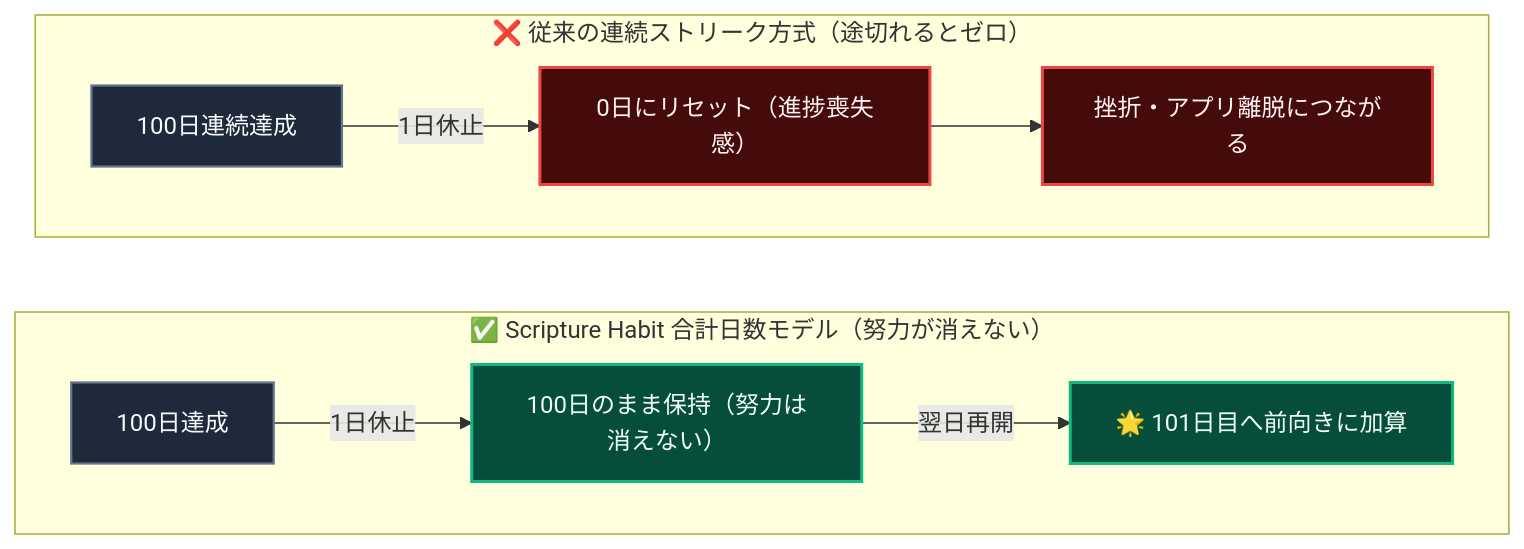
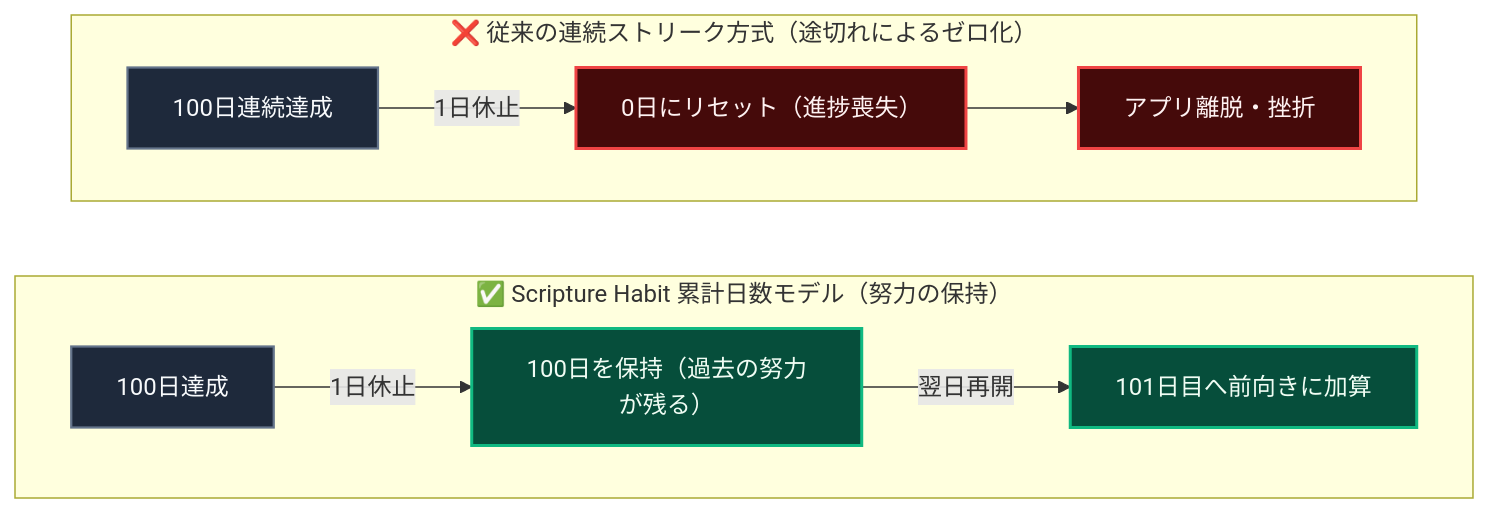
Before and after one commit to ScriptureHabit/scripture-habit: the second of 3 diagrams in docs/ja/logic-milestone-retention.md, drawn with Mermaid. The commit also changed other lines of this file and 57 other files, not shown here.

Commit message:
docs: refine documentation prose and add structured diagram breakdowns across JA and EN

````diff
--- a/docs/ja/logic-milestone-retention.md
+++ b/docs/ja/logic-milestone-retention.md
@@ -39,18 +37,18 @@
 ```mermaid
 flowchart TD
     classDef bad fill:#450a0a,stroke:#ef4444,stroke-width:2px,color:#fef2f2;
     classDef good fill:#064e3b,stroke:#10b981,stroke-width:2px,color:#f0fdf4;
     classDef step fill:#1e293b,stroke:#64748b,stroke-width:1.5px,color:#f8fafc;
 
-    subgraph SG_Trad["❌ 従来の連続ストリーク方式（途切れるとゼロ）"]
-        S1["100日連続達成"]:::step -->|1日休止| S2["0日にリセット（進捗喪失感）"]:::bad
-        S2 --> S3["挫折・アプリ離脱につながる"]:::bad
+    subgraph SG_Trad["❌ 従来の連続ストリーク方式（途切れによるゼロ化）"]
+        S1["100日連続達成"]:::step -->|1日休止| S2["0日にリセット（進捗喪失）"]:::bad
+        S2 --> S3["アプリ離脱・挫折"]:::bad
     end
 
-    subgraph SG_Total["✅ Scripture Habit 合計日数モデル（努力が消えない）"]
-        H1["100日達成"]:::step -->|1日休止| H2["100日のまま保持（努力は消えない）"]:::good
-        H2 -->|翌日再開| H3["🌟 101日目へ前向きに加算"]:::good
+    subgraph SG_Total["✅ Scripture Habit 累計日数モデル（努力の保持）"]
+        H1["100日達成"]:::step -->|1日休止| H2["100日を保持（過去の努力が残る）"]:::good
+        H2 -->|翌日再開| H3["101日目へ前向きに加算"]:::good
     end
 
     SG_Trad ~~~ SG_Total
 ```
````
